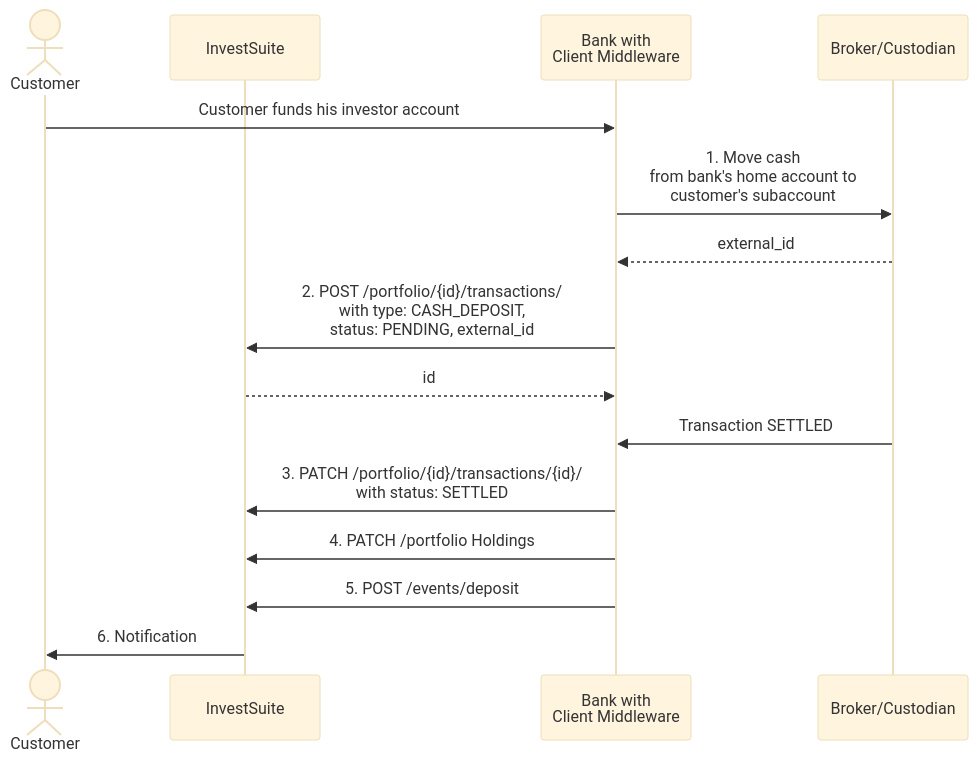
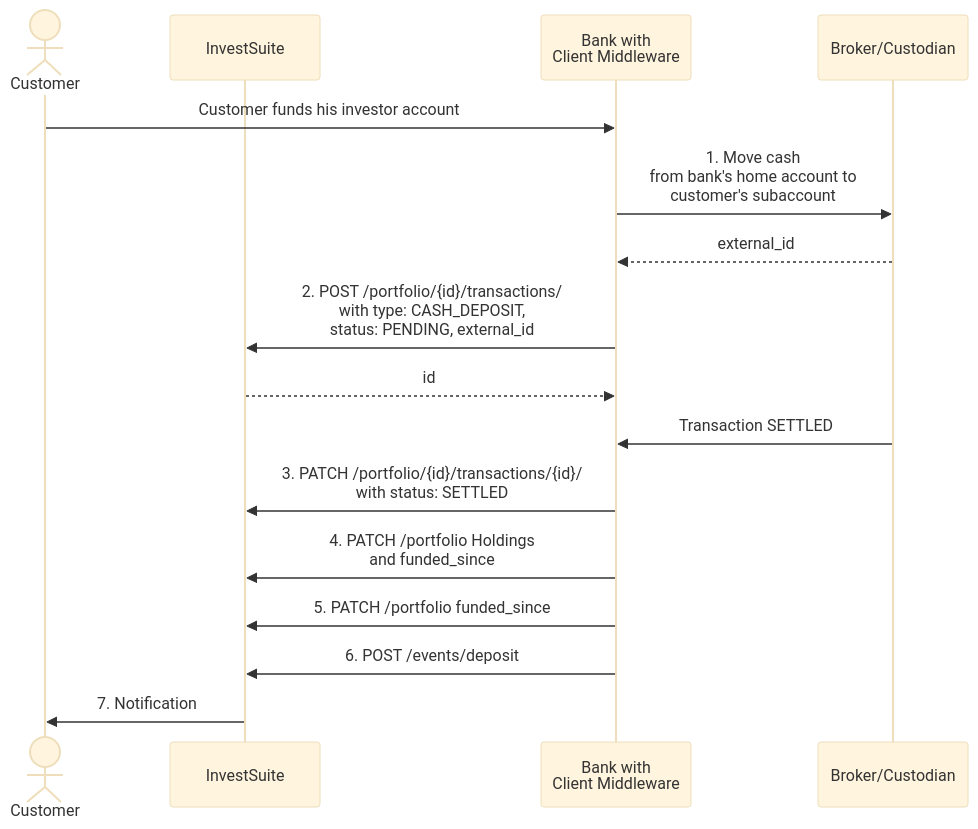
One commit to arcilli/investsuite-api-docs changed the second of 3 diagrams in docs/scenarios/cash_movements.md. Above: the diagram before and after it, drawn with Mermaid (base theme). The commit also changed other lines of this file and 1 other file, not shown here.

Commit message:
feat(portfolio): added funded_since field (manual merge from Roald's commit)

````diff
--- a/docs/scenarios/cash_movements.md
+++ b/docs/scenarios/cash_movements.md
@@ -46,19 +54,20 @@
 ```mermaid
     sequenceDiagram
 
     actor _c as Customer
     participant _ivs as InvestSuite
     participant _clt as Bank with<br>Client Middleware
     participant _bc as Broker/Custodian
     
     _c ->> _clt: Customer funds his investor account
     _clt ->> _bc: 1. Move cash<br>from bank's home account to<br>customer's subaccount
     _bc -->> _clt: external_id
     _clt ->> _ivs: 2. POST /portfolio/{id}/transactions/<br>with type: CASH_DEPOSIT,<br>status: PENDING, external_id
     _ivs -->> _clt: id
     _bc ->> _clt: Transaction SETTLED
     _clt ->> _ivs: 3. PATCH /portfolio/{id}/transactions/{id}/<br>with status: SETTLED
-    _clt ->> _ivs: 4. PATCH /portfolio Holdings
-    _clt ->> _ivs: 5. POST /events/deposit
-    _ivs ->> _c: 6. Notification
+    _clt ->> _ivs: 4. PATCH /portfolio Holdings<br>and funded_since
+    _clt ->> _ivs: 5. PATCH /portfolio funded_since
+    _clt ->> _ivs: 6. POST /events/deposit
+    _ivs ->> _c: 7. Notification
 ```
````
